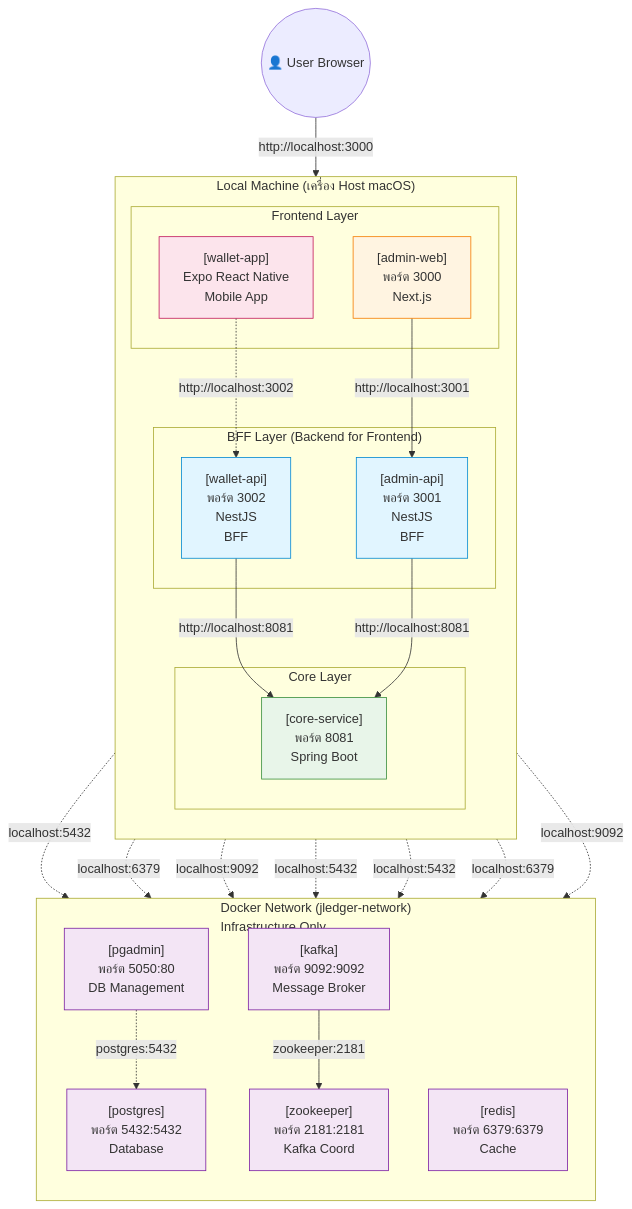
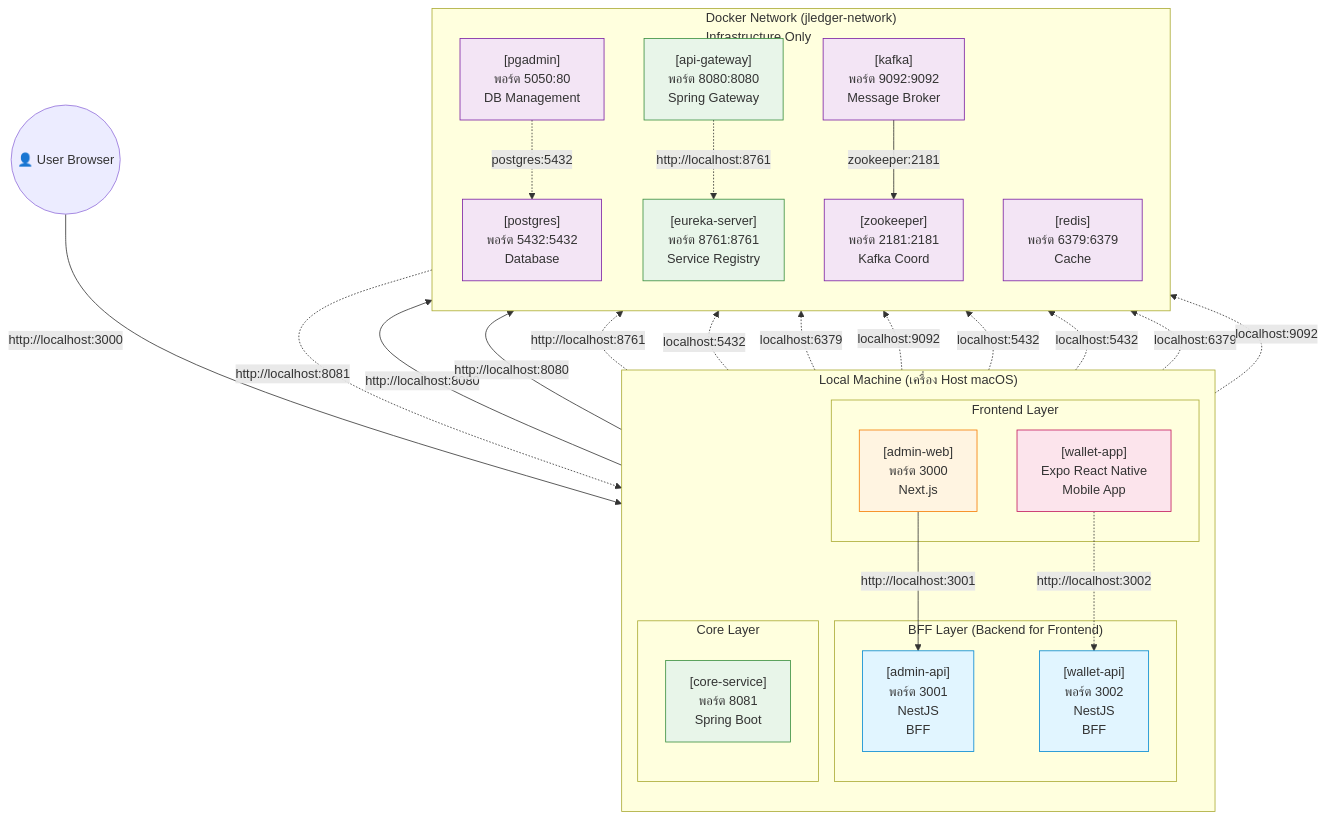
One commit to wiiznu17/j-ledgar changed the first of 2 diagrams in network.md. Above: the diagram before and after it, drawn with Mermaid. The commit also changed other lines of this file and 12 other files, not shown here.

````diff
--- a/network.md
+++ b/network.md
@@ -50,68 +50,79 @@
 ```mermaid
 graph TD
     subgraph "Local Machine (เครื่อง Host macOS)"
         direction TB
         subgraph "Frontend Layer"
             WEB["[admin-web]<br/>พอร์ต 3000<br/>Next.js"]
             MOB["[wallet-app]<br/>Expo React Native<br/>Mobile App"]
         end
 
         subgraph "BFF Layer (Backend for Frontend)"
             WAPI["[wallet-api]<br/>พอร์ต 3002<br/>NestJS<br/>BFF"]
             AAPI["[admin-api]<br/>พอร์ต 3001<br/>NestJS<br/>BFF"]
         end
 
         subgraph "Core Layer"
             CORE["[core-service]<br/>พอร์ต 8081<br/>Spring Boot"]
         end
     end
 
     subgraph "Docker Network (jledger-network)<br/>Infrastructure Only"
         direction TB
         PG["[postgres]<br/>พอร์ต 5432:5432<br/>Database"]
         REDIS["[redis]<br/>พอร์ต 6379:6379<br/>Cache"]
         ZK["[zookeeper]<br/>พอร์ต 2181:2181<br/>Kafka Coord"]
         KAFKA["[kafka]<br/>พอร์ต 9092:9092<br/>Message Broker"]
+        EURE["[eureka-server]<br/>พอร์ต 8761:8761<br/>Service Registry"]
+        GATE["[api-gateway]<br/>พอร์ต 8080:8080<br/>Spring Gateway"]
         PGA["[pgadmin]<br/>พอร์ต 5050:80<br/>DB Management"]
     end
 
     %% ทราฟฟิกจากผู้ใช้
     User((👤 User Browser)) -->|http://localhost:3000| WEB
 
     %% Frontend เชื่อมต่อกับ BFF
     WEB -->|http://localhost:3001| AAPI
     MOB -.->|http://localhost:3002| WAPI
 
-    %% BFF เชื่อมต่อกับ Core Service
-    WAPI -->|http://localhost:8081| CORE
-    AAPI -->|http://localhost:8081| CORE
+    %% BFF เชื่อมต่อกับ API Gateway
+    WAPI -->|http://localhost:8080| GATE
+    AAPI -->|http://localhost:8080| GATE
+
+    %% API Gateway เชื่อมต่อกับ Core Service
+    GATE -.->|http://localhost:8081| CORE
+
+    %% Service Discovery
+    GATE -.->|http://localhost:8761| EURE
+    CORE -.->|http://localhost:8761| EURE
 
     %% BFF เชื่อมต่อกับ Docker Infra
     WAPI -.->|localhost:5432| PG
     WAPI -.->|localhost:6379| REDIS
     WAPI -.->|localhost:9092| KAFKA
 
     AAPI -.->|localhost:5432| PG
 
     %% Core Service เชื่อมต่อกับ Docker Infra
     CORE -.->|localhost:5432| PG
     CORE -.->|localhost:6379| REDIS
     CORE -.->|localhost:9092| KAFKA
 
     %% Kafka ติดต่อกับ Zookeeper
     KAFKA -->|zookeeper:2181| ZK
 
     %% PGAdmin เชื่อมต่อกับ Postgres
     PGA -.->|postgres:5432| PG
 
     style WEB fill:#fff4e1,stroke:#f57c00
     style MOB fill:#fce4ec,stroke:#c2185b
     style WAPI fill:#e1f5ff,stroke:#0288d1
     style AAPI fill:#e1f5ff,stroke:#0288d1
     style CORE fill:#e8f5e9,stroke:#388e3c
     style PG fill:#f3e5f5,stroke:#7b1fa2
     style REDIS fill:#f3e5f5,stroke:#7b1fa2
     style KAFKA fill:#f3e5f5,stroke:#7b1fa2
     style ZK fill:#f3e5f5,stroke:#7b1fa2
+    style EURE fill:#e8f5e9,stroke:#388e3c
+    style GATE fill:#e8f5e9,stroke:#388e3c
     style PGA fill:#f3e5f5,stroke:#7b1fa2
 ```
````
